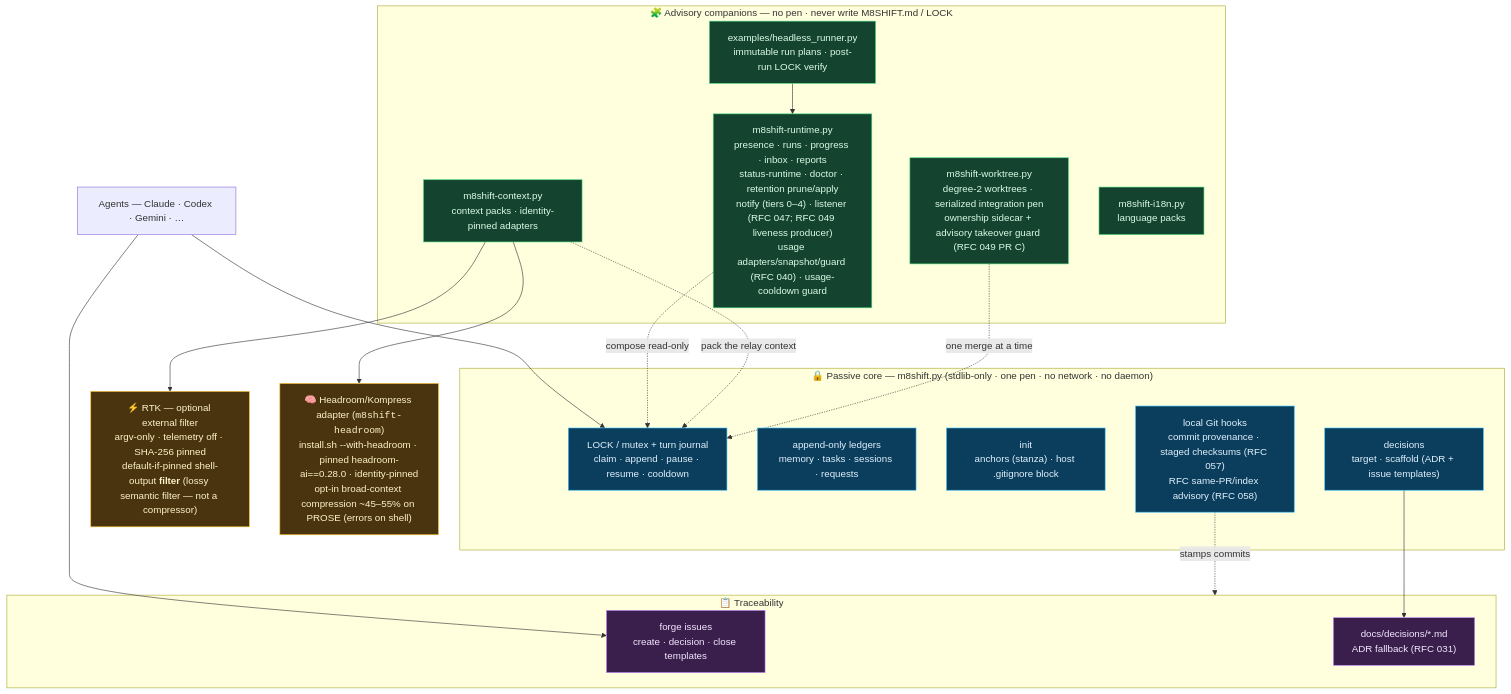
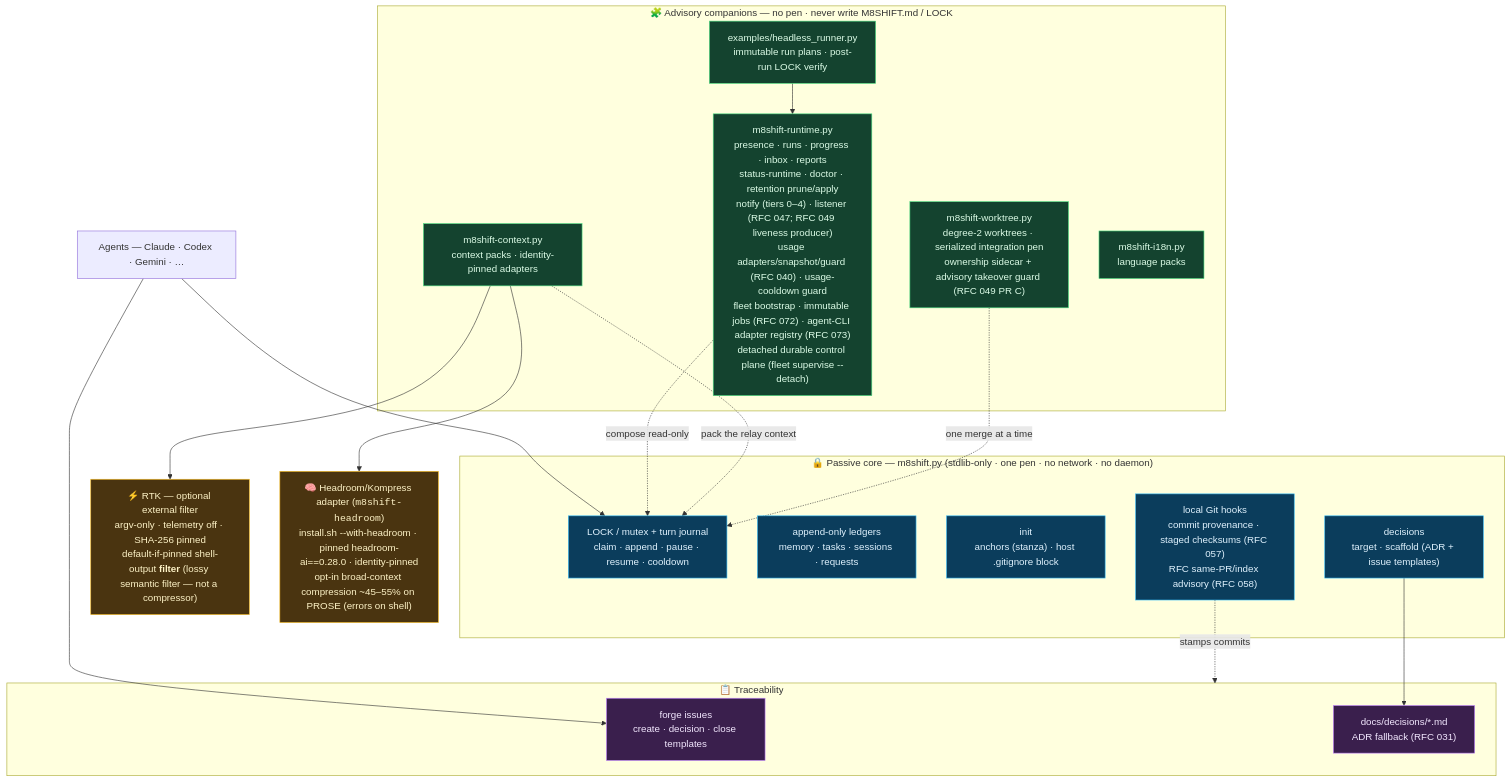
The fifth of 8 diagrams in docs/en/architecture.md (M8Shift/M8Shift), drawn with Mermaid before and after one commit. The commit also changed other lines of this file and 26 other files, not shown here.

````diff
--- a/docs/en/architecture.md
+++ b/docs/en/architecture.md
@@ -196,48 +197,48 @@
 ```mermaid
 flowchart TB
     classDef core fill:#0b3d5c,stroke:#38bdf8,color:#e0f2fe;
     classDef companion fill:#14432f,stroke:#4ade80,color:#dcfce7;
     classDef external fill:#4a3410,stroke:#fbbf24,color:#fef3c7;
     classDef forge fill:#3a1f4d,stroke:#c084fc,color:#f3e8ff;
 
     AG["Agents — Claude · Codex · Gemini · …"]
 
     subgraph CORE["🔒 Passive core — m8shift.py (stdlib-only · one pen · no network · no daemon)"]
         LOCK["LOCK / mutex + turn journal<br/>claim · append · pause · resume · cooldown"]
         LEDG["append-only ledgers<br/>memory · tasks · sessions · requests"]
         INIT["init<br/>anchors (stanza) · host .gitignore block"]
         DEC["decisions<br/>target · scaffold (ADR + issue templates)"]
         HOOK["local Git hooks<br/>commit provenance · staged checksums (RFC 057)<br/>RFC same-PR/index advisory (RFC 058)"]
     end
     class LOCK,LEDG,INIT,DEC,HOOK core
 
     subgraph COMP["🧩 Advisory companions — no pen · never write M8SHIFT.md / LOCK"]
-        RT["m8shift-runtime.py<br/>presence · runs · progress · inbox · reports<br/>status-runtime · doctor · retention prune/apply<br/>notify (tiers 0–4) · listener (RFC 047; RFC 049 liveness producer)<br/>usage adapters/snapshot/guard (RFC 040) · usage-cooldown guard"]
+        RT["m8shift-runtime.py<br/>presence · runs · progress · inbox · reports<br/>status-runtime · doctor · retention prune/apply<br/>notify (tiers 0–4) · listener (RFC 047; RFC 049 liveness producer)<br/>usage adapters/snapshot/guard (RFC 040) · usage-cooldown guard<br/>fleet bootstrap · immutable jobs (RFC 072) · agent-CLI adapter registry (RFC 073)<br/>detached durable control plane (fleet supervise --detach)"]
         CX["m8shift-context.py<br/>context packs · identity-pinned adapters"]
         WT["m8shift-worktree.py<br/>degree-2 worktrees · serialized integration pen<br/>ownership sidecar + advisory takeover guard (RFC 049 PR C)"]
         I18["m8shift-i18n.py<br/>language packs"]
         HR["examples/headless_runner.py<br/>immutable run plans · post-run LOCK verify"]
     end
     class RT,CX,WT,I18,HR companion
 
     RTK["⚡ RTK — optional external filter<br/>argv-only · telemetry off · SHA-256 pinned<br/>default-if-pinned shell-output <b>filter</b> (lossy semantic filter — not a compressor)"]
     HD["🧠 Headroom/Kompress adapter (<code>m8shift-headroom</code>)<br/>install.sh --with-headroom · pinned headroom-ai==0.28.0 · identity-pinned<br/>opt-in broad-context compression ~45–55% on PROSE (errors on shell)"]
     class RTK,HD external
 
     subgraph TRACE["📋 Traceability"]
         ISS["forge issues<br/>create · decision · close templates"]
         ADR["docs/decisions/*.md<br/>ADR fallback (RFC 031)"]
     end
     class ISS,ADR forge
 
     AG --> LOCK
     AG --> ISS
     RT -. "compose read-only" .-> LOCK
     CX -. "pack the relay context" .-> LOCK
     CX --> RTK
     CX --> HD
     WT -. "one merge at a time" .-> LOCK
     HR --> RT
     DEC --> ADR
     HOOK -. "stamps commits" .-> TRACE
 ```
````
